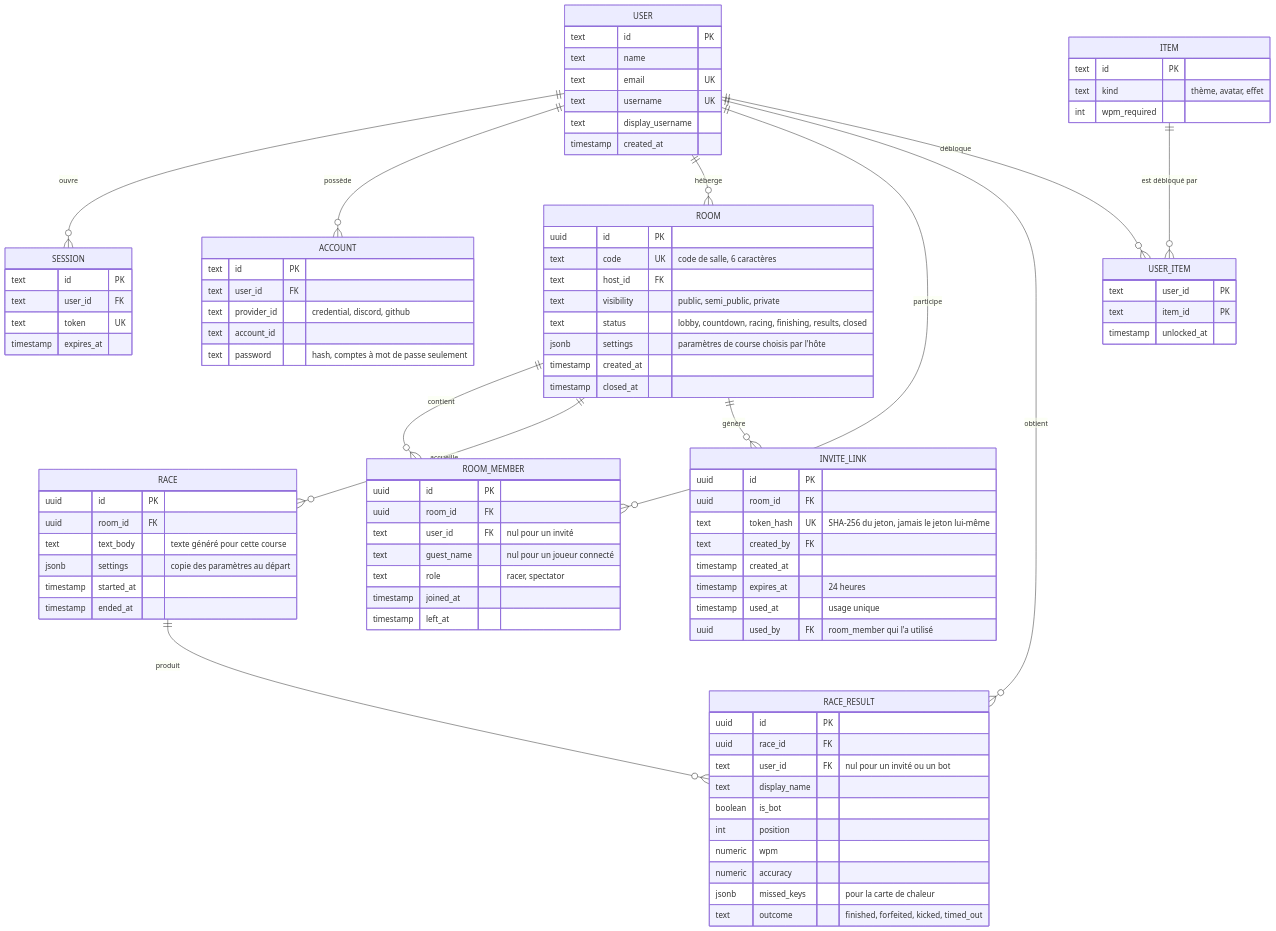
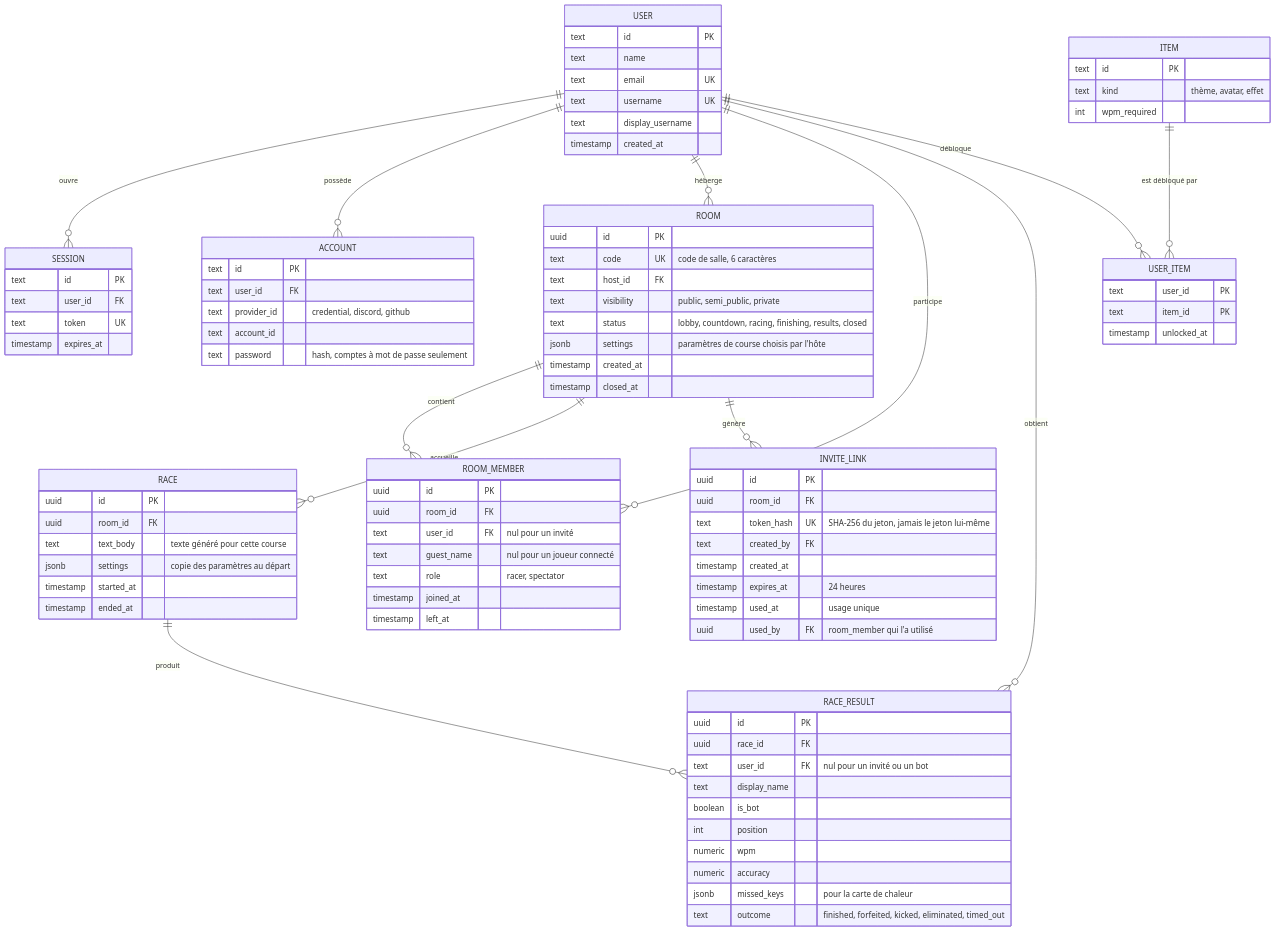
The diagram in docs/modele-de-donnees.md (Cityx258/Jamtyper), drawn with Mermaid before and after one commit. The commit also changed 2 other files, not shown here.

Commit message:
docs: mark priority 7 requirements as done

```diff
--- a/docs/modele-de-donnees.md
+++ b/docs/modele-de-donnees.md
@@ -97,7 +97,7 @@
         numeric wpm
         numeric accuracy
         jsonb missed_keys "pour la carte de chaleur"
-        text outcome "finished, forfeited, kicked, timed_out"
+        text outcome "finished, forfeited, kicked, eliminated, timed_out"
     }
     ITEM {
         text id PK
```
